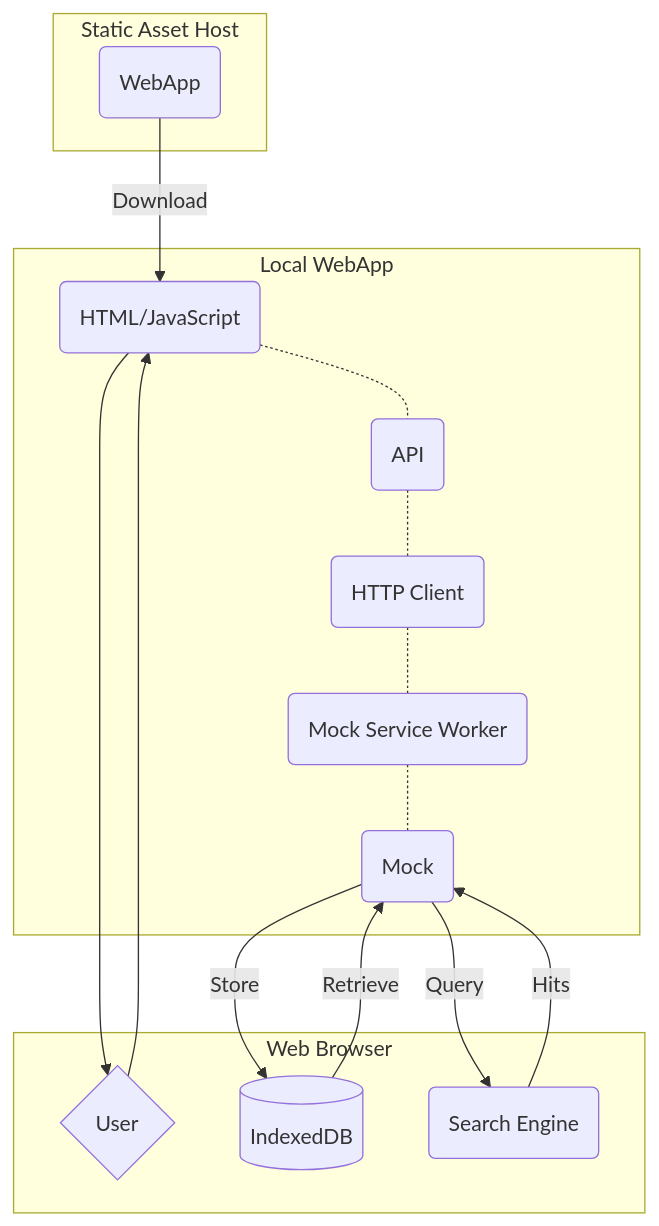
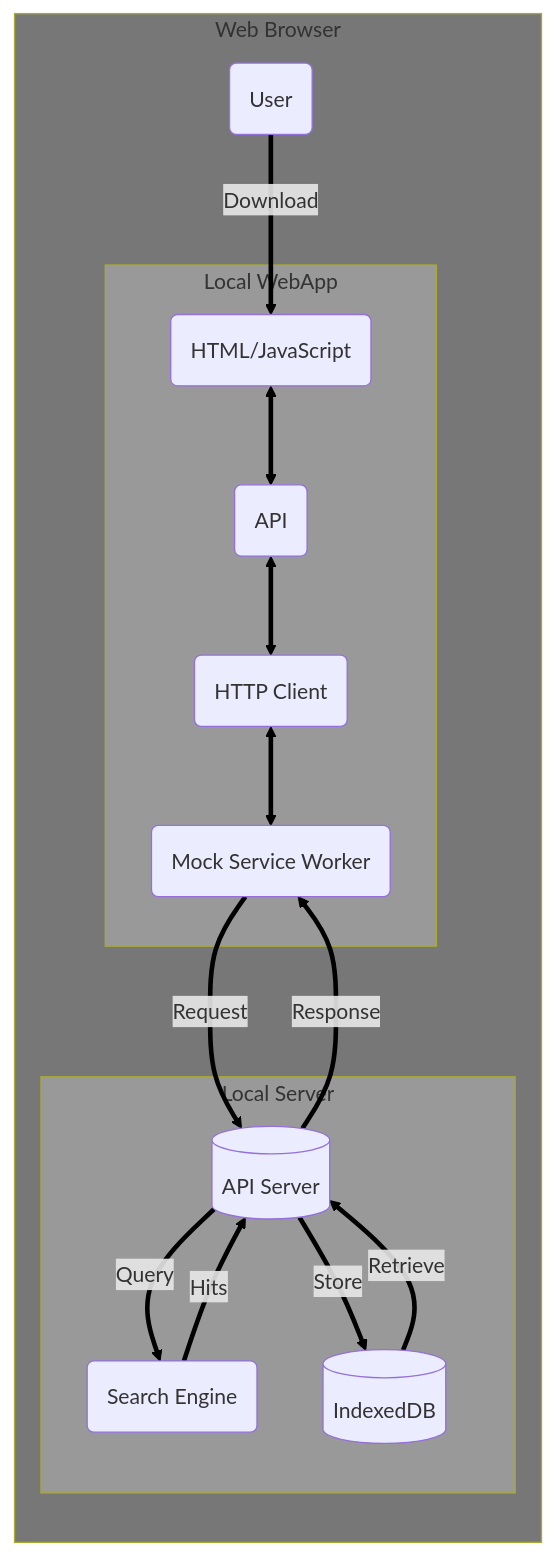
One commit to nader-eloshaiker/screen-geometry-app changed the diagram in docs/Architecture.md. Above: the diagram before and after it, drawn with Mermaid. The commit also changed 191 other files, not shown here.

````diff
--- a/docs/Architecture.md
+++ b/docs/Architecture.md
@@ -13,35 +13,45 @@
 ```mermaid
-graph TB
-subgraph sub1[Static Asset Host]
-sub1A("WebApp")
-end
+flowchart LR
+ subgraph sub2["Local Server"]
+        sub2A[("API Server")]
+        sub2B[("IndexedDB")]
+        sub2C("Search Engine")
+  end
+ subgraph sub3["Local WebApp"]
+        sub3A("HTML/JavaScript")
+        sub3B("API")
+        sub3C("HTTP Client")
+        sub3D("Mock Service Worker")
+  end
+ subgraph sub1["Web Browser"]
+        sub1A("User")
+        sub2
+        sub3
+  end
+    sub1A == Download ==> sub3A
+    sub3A <==> sub3B
+    sub3B <==> sub3C
+    sub3C <==> sub3D
+    sub2A == Query ==> sub2C
+    sub2A == Store ==> sub2B
+    sub2B == Retrieve ==> sub2A
+    sub2C == Hits ==> sub2A
+    sub2A == Response ==> sub3D
+    sub3D == Request ==> sub2A
 
-subgraph sub2[Web Browser]
-sub2A{User}
-sub2B[(IndexedDB)]
-sub2C(Search Engine)
-end
+    style sub2 fill:#999999
+    style sub3 fill:#999999
+    style sub1 fill:#777777
+    linkStyle 0 stroke:#000000
+    linkStyle 1 stroke:#000000
+    linkStyle 2 stroke:#000000
+    linkStyle 3 stroke:#000000
+    linkStyle 4 stroke:#000000
+    linkStyle 5 stroke:#000000
+    linkStyle 6 stroke:#000000
+    linkStyle 7 stroke:#000000
+    linkStyle 8 stroke:#000000
+    linkStyle 9 stroke:#000000
 
-subgraph sub3[Local WebApp]
-sub3A(HTML/JavaScript)
-sub3B(API)
-sub3C(HTTP Client)
-sub3D(Mock Service Worker)
-sub3E(Mock)
-end
 
-sub1A -- Download--> sub3A
-
-sub3A --> sub2A
-sub2A --> sub3A
-
-sub3A -.- sub3B
-sub3B -.- sub3C
-sub3C -.- sub3D
-sub3D -.- sub3E
-
-sub3E --Query--> sub2C
-sub3E --Store--> sub2B
-sub2B --Retrieve--> sub3E
-sub2C --Hits--> sub3E
 ```
````
